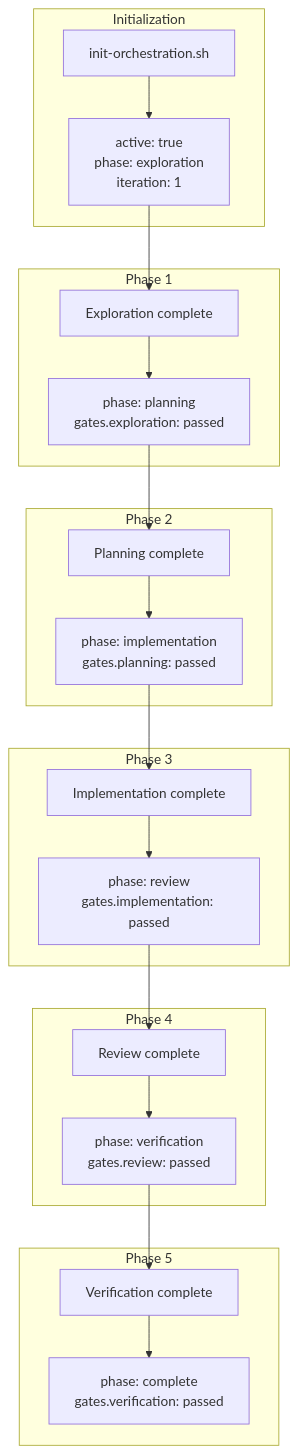
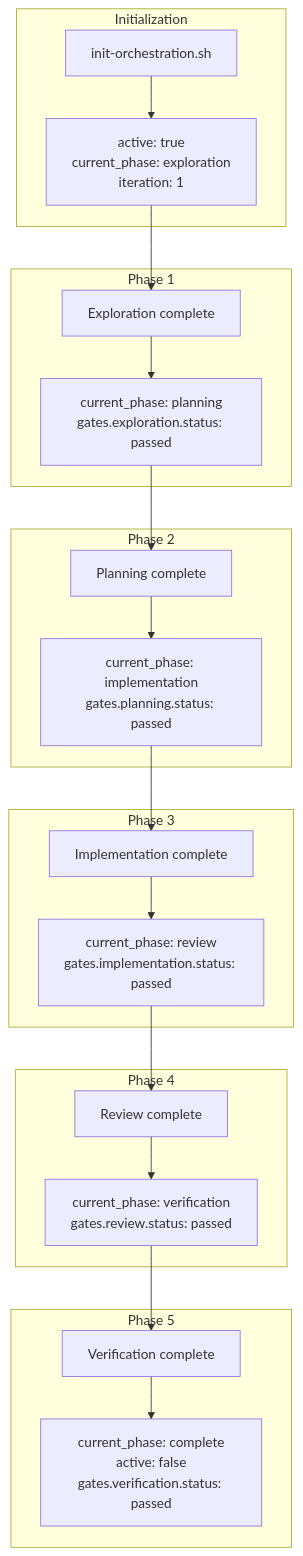
Before and after one commit to josix/agent-flow: the third of 9 diagrams in docs/architecture/data-flows.md, drawn with Mermaid. The commit also changed other lines of this file and 29 other files, not shown here.

First line of the commit message:
docs: align docs and README with current implementation

````diff
--- a/docs/architecture/data-flows.md
+++ b/docs/architecture/data-flows.md
@@ -196,39 +197,39 @@
 ```mermaid
 flowchart TB
     subgraph Init["Initialization"]
         I1[init-orchestration.sh]
-        I2["active: true<br/>phase: exploration<br/>iteration: 1"]
+        I2["active: true<br/>current_phase: exploration<br/>iteration: 1"]
     end
 
     subgraph Phase1["Phase 1"]
         P1[Exploration complete]
-        S1["phase: planning<br/>gates.exploration: passed"]
+        S1["current_phase: planning<br/>gates.exploration.status: passed"]
     end
 
     subgraph Phase2["Phase 2"]
         P2[Planning complete]
-        S2["phase: implementation<br/>gates.planning: passed"]
+        S2["current_phase: implementation<br/>gates.planning.status: passed"]
     end
 
     subgraph Phase3["Phase 3"]
         P3[Implementation complete]
-        S3["phase: review<br/>gates.implementation: passed"]
+        S3["current_phase: review<br/>gates.implementation.status: passed"]
     end
 
     subgraph Phase4["Phase 4"]
         P4[Review complete]
-        S4["phase: verification<br/>gates.review: passed"]
+        S4["current_phase: verification<br/>gates.review.status: passed"]
     end
 
     subgraph Phase5["Phase 5"]
         P5[Verification complete]
-        S5["phase: complete<br/>gates.verification: passed"]
+        S5["current_phase: complete<br/>active: false<br/>gates.verification.status: passed"]
     end
 
     I1 --> I2
     I2 --> P1 --> S1
     S1 --> P2 --> S2
     S2 --> P3 --> S3
     S3 --> P4 --> S4
     S4 --> P5 --> S5
 ```
````
